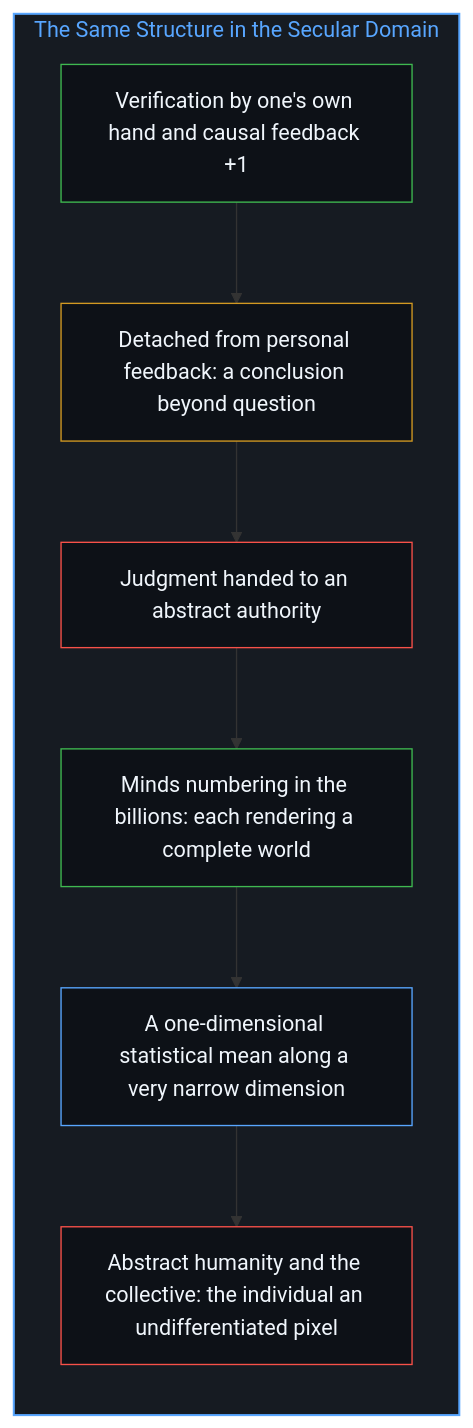
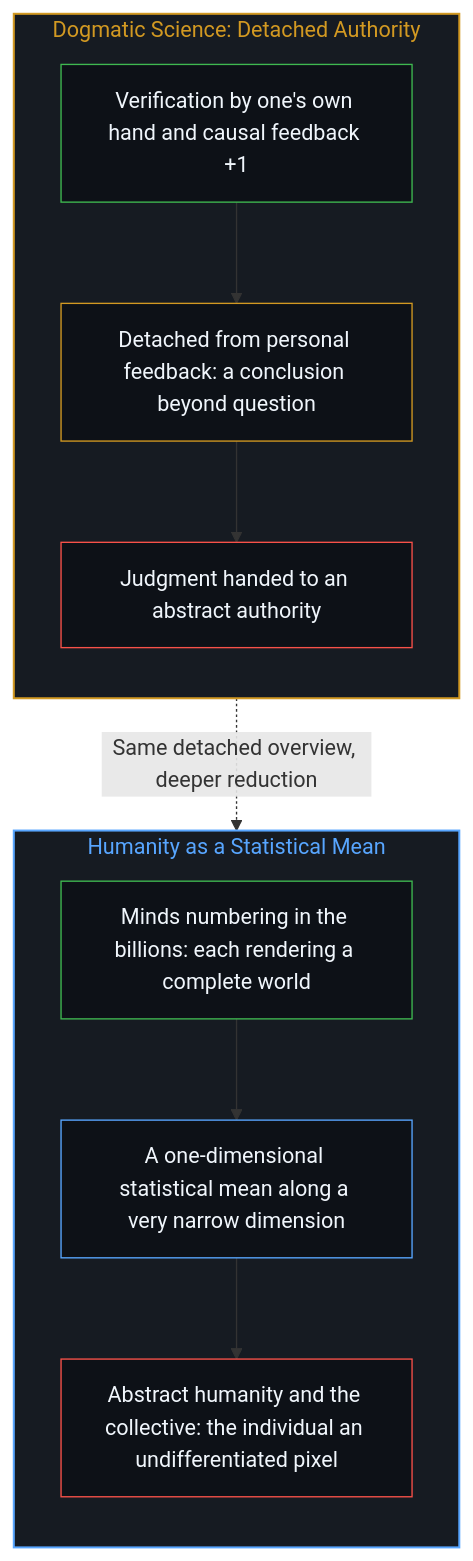
One commit to powerpig99/not-a-toe changed the sixth of 12 diagrams in content/posts/the-origin-of-god-and-the-flattening-of-we.md. Above: the diagram before and after it, drawn with Mermaid. The commit also changed other lines of this file and 3 other files, not shown here.

````diff
--- a/content/posts/the-origin-of-god-and-the-flattening-of-we.md
+++ b/content/posts/the-origin-of-god-and-the-flattening-of-we.md
@@ -157,25 +156,28 @@
 ```mermaid
 flowchart TD
-    subgraph S_Mean["The Same Structure in the Secular Domain"]
+    subgraph S_Science["Dogmatic Science: Detached Authority"]
         direction TB
         Verify["Verification by one's own hand and causal feedback +1"]
         Textbook["Detached from personal feedback: a conclusion beyond question"]
         Authority["Judgment handed to an abstract authority"]
+        Verify --> Textbook
+        Textbook --> Authority
+    end
+    subgraph S_Mean["Humanity as a Statistical Mean"]
+        direction TB
         Minds["Minds numbering in the billions: each rendering a complete world"]
         Average["A one-dimensional statistical mean along a very narrow dimension"]
         Pixel["Abstract humanity and the collective: the individual an undifferentiated pixel"]
-        Verify --> Textbook
-        Textbook --> Authority
         Minds --> Average
         Average --> Pixel
-        Authority --> Minds
     end
-
+    S_Science -.->|"Same detached overview, deeper reduction"| S_Mean
+    style S_Science fill:#161b22,stroke:#d29922,stroke-width:1.5px,color:#d29922
     style S_Mean fill:#161b22,stroke:#58a6ff,stroke-width:1.5px,color:#58a6ff
     style Verify fill:#0d1117,stroke:#3fb950,stroke-width:1px,color:#f0f6fc
     style Textbook fill:#0d1117,stroke:#d29922,stroke-width:1px,color:#f0f6fc
     style Authority fill:#0d1117,stroke:#f85149,stroke-width:1px,color:#f0f6fc
     style Minds fill:#0d1117,stroke:#3fb950,stroke-width:1px,color:#f0f6fc
     style Average fill:#0d1117,stroke:#58a6ff,stroke-width:1px,color:#f0f6fc
     style Pixel fill:#0d1117,stroke:#f85149,stroke-width:1px,color:#f0f6fc
 ```
````
